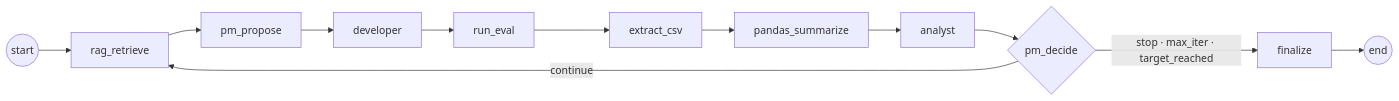
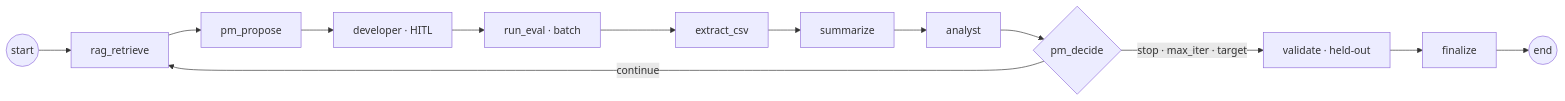
Before and after one commit to surrealier/ALGOps: the first of 2 diagrams in README.md, drawn with Mermaid. The commit also changed other lines of this file and 20 other files, not shown here.

First line of the commit message:
docs(v2): contract reference, architecture, protocol, deployment, README, AGENTS.md v2

````diff
--- a/README.md
+++ b/README.md
@@ -147,7 +140,7 @@
 ```mermaid
 flowchart LR
-  S((start)) --> R[rag_retrieve] --> P[pm_propose] --> D[developer] --> E[run_eval]
-  E --> X[extract_csv] --> Z[pandas_summarize] --> A[analyst] --> PM{pm_decide}
+  S((start)) --> R[rag_retrieve] --> P[pm_propose] --> D[developer · HITL] --> E[run_eval · batch]
+  E --> X[extract_csv] --> Z[summarize] --> A[analyst] --> PM{pm_decide}
   PM -- continue --> R
-  PM -- "stop · max_iter · target_reached" --> F[finalize] --> EN((end))
+  PM -- "stop · max_iter · target" --> V[validate · held-out] --> F[finalize] --> EN((end))
 ```
````
